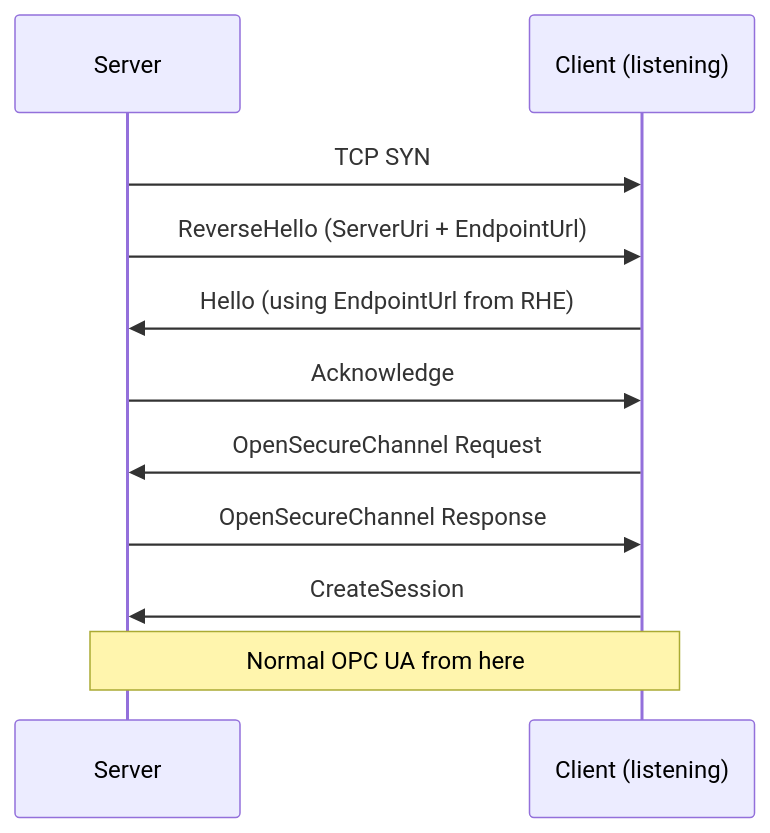
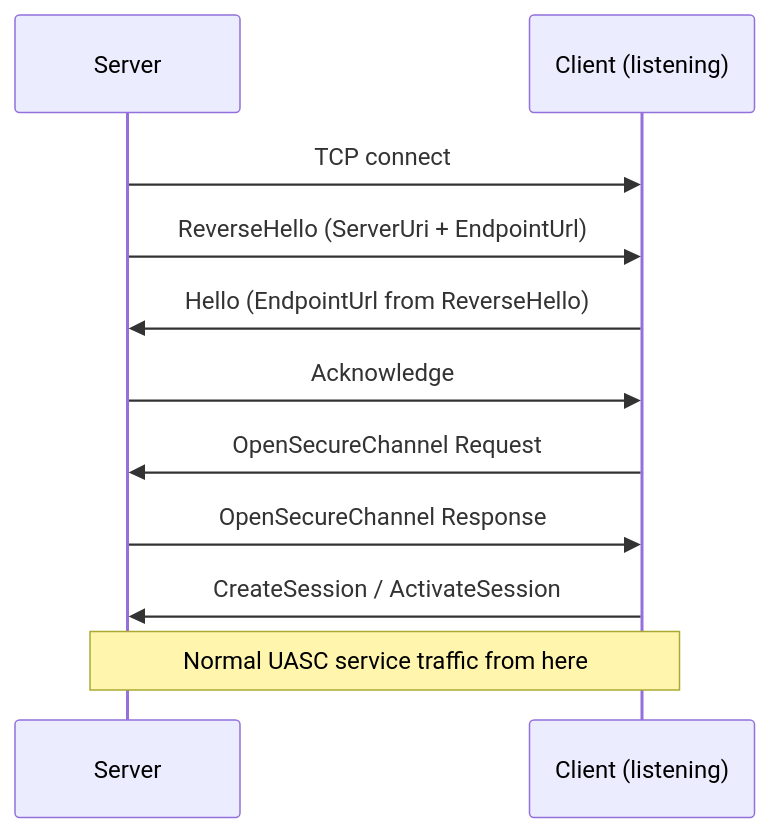
The first of 5 diagrams in docs/architecture/reverse-connect.md (eclipse-milo/milo), drawn with Mermaid before and after one commit. The commit also changed other lines of this file and 4 other files, not shown here.

First line of the commit message:
Refresh reverse connect docs and examples

````diff
--- a/docs/architecture/reverse-connect.md
+++ b/docs/architecture/reverse-connect.md
@@ -38,14 +40,14 @@
 ```mermaid
 sequenceDiagram
     participant S as Server
     participant C as Client (listening)
 
-    S->>C: TCP SYN
+    S->>C: TCP connect
     S->>C: ReverseHello (ServerUri + EndpointUrl)
-    C->>S: Hello (using EndpointUrl from RHE)
+    C->>S: Hello (EndpointUrl from ReverseHello)
     S->>C: Acknowledge
     C->>S: OpenSecureChannel Request
     S->>C: OpenSecureChannel Response
-    C->>S: CreateSession
-    Note over S,C: Normal OPC UA from here
+    C->>S: CreateSession / ActivateSession
+    Note over S,C: Normal UASC service traffic from here
 ```
````
